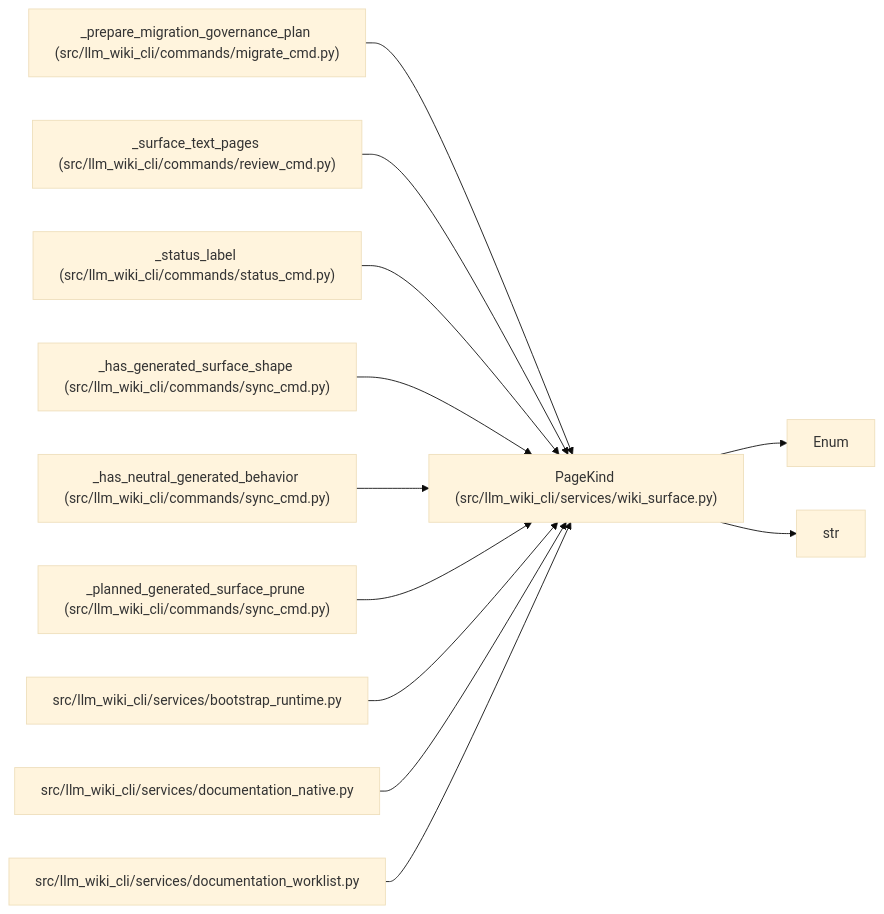
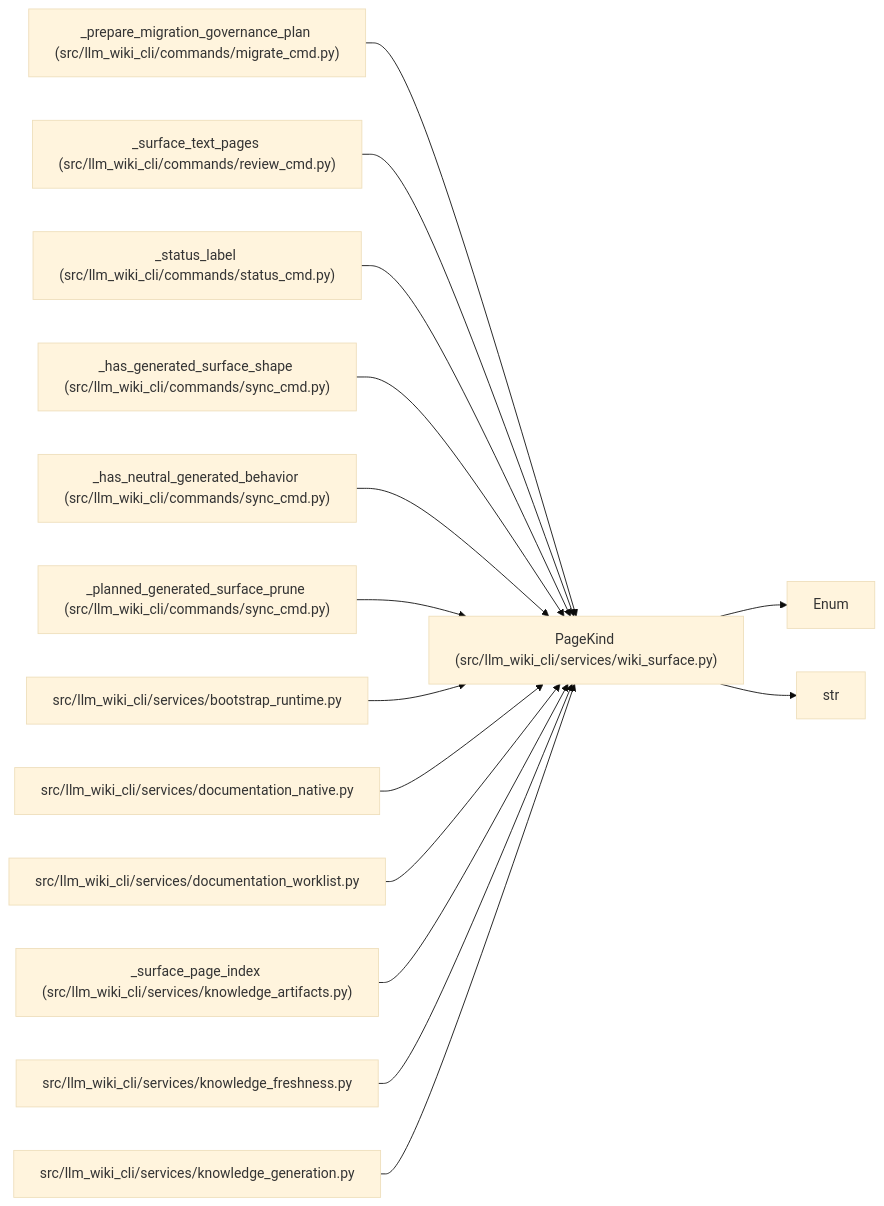
One commit to Denissvgn/python-wiki-llm changed the diagram in docs/llm_wiki/entities/PageKind.md. Above: the diagram before and after it, drawn with Mermaid (base theme). The commit also changed other lines of this file and 493 other files, not shown here.

````diff
--- a/docs/llm_wiki/entities/PageKind.md
+++ b/docs/llm_wiki/entities/PageKind.md
@@ -35,36 +35,45 @@
 ```mermaid
 flowchart LR
     n0["PageKind (src/llm_wiki_cli/services/wiki_surface.py)"]
     n1["Enum"]
     n2["str"]
     n3["_prepare_migration_governance_plan (src/llm_wiki_cli/commands/migrate_cmd.py)"]
     n4["_surface_text_pages (src/llm_wiki_cli/commands/review_cmd.py)"]
     n5["_status_label (src/llm_wiki_cli/commands/status_cmd.py)"]
     n6["_has_generated_surface_shape (src/llm_wiki_cli/commands/sync_cmd.py)"]
     n7["_has_neutral_generated_behavior (src/llm_wiki_cli/commands/sync_cmd.py)"]
     n8["_planned_generated_surface_prune (src/llm_wiki_cli/commands/sync_cmd.py)"]
     n9["src/llm_wiki_cli/services/bootstrap_runtime.py"]
     n10["src/llm_wiki_cli/services/documentation_native.py"]
     n11["src/llm_wiki_cli/services/documentation_worklist.py"]
+    n12["_surface_page_index (src/llm_wiki_cli/services/knowledge_artifacts.py)"]
+    n13["src/llm_wiki_cli/services/knowledge_freshness.py"]
+    n14["src/llm_wiki_cli/services/knowledge_generation.py"]
     n0 --> n1
     n0 --> n2
     n3 --> n0
     n4 --> n0
     n5 --> n0
     n6 --> n0
     n7 --> n0
     n8 --> n0
     n9 --> n0
     n10 --> n0
     n11 --> n0
+    n12 --> n0
+    n13 --> n0
+    n14 --> n0
     click n0 "../modules/wiki_surface.md"
     click n3 "../modules/migrate_cmd.md"
     click n4 "../modules/review_cmd.md"
     click n5 "../modules/status_cmd.md"
     click n6 "../modules/sync_cmd.md"
     click n7 "../modules/sync_cmd.md"
     click n8 "../modules/sync_cmd.md"
     click n9 "../modules/bootstrap_runtime.md"
     click n10 "../modules/documentation_native.md"
     click n11 "../modules/documentation_worklist.md"
+    click n12 "../modules/knowledge_artifacts.md"
+    click n13 "../modules/knowledge_freshness.md"
+    click n14 "../modules/knowledge_generation.md"
 ```
````
